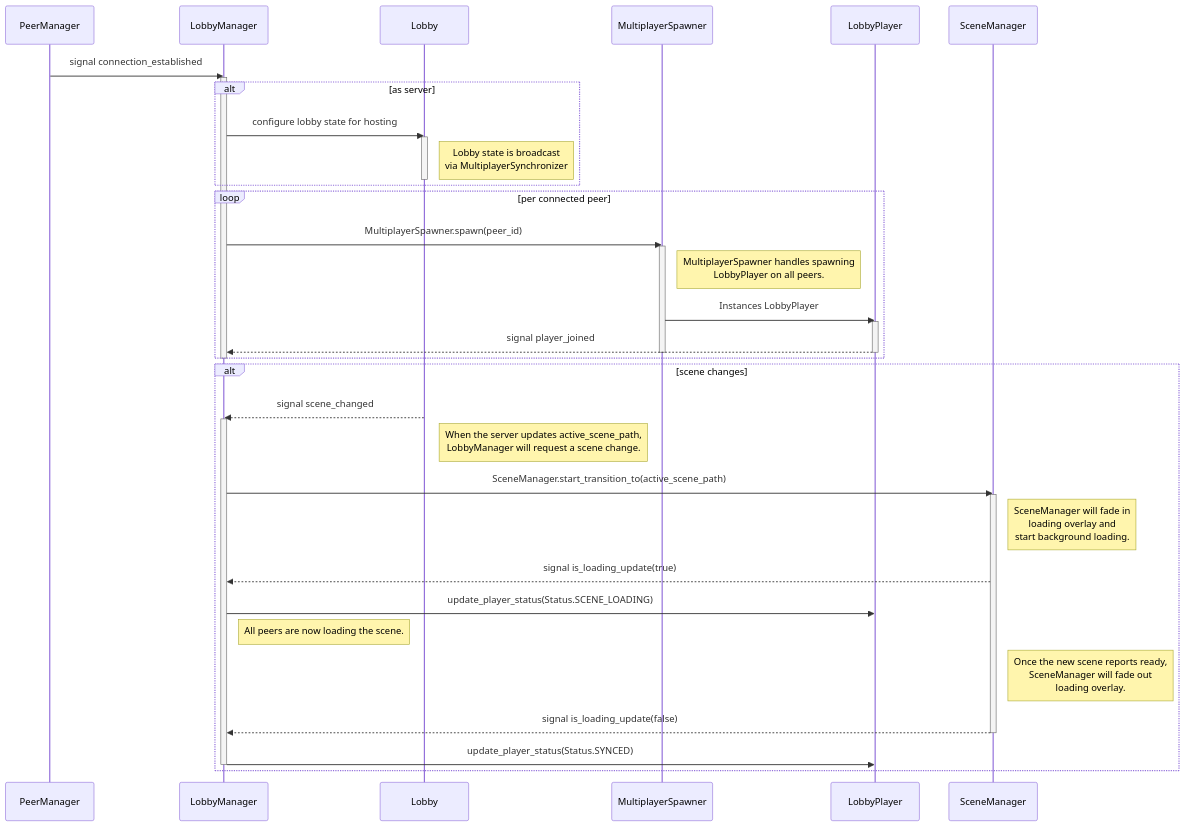
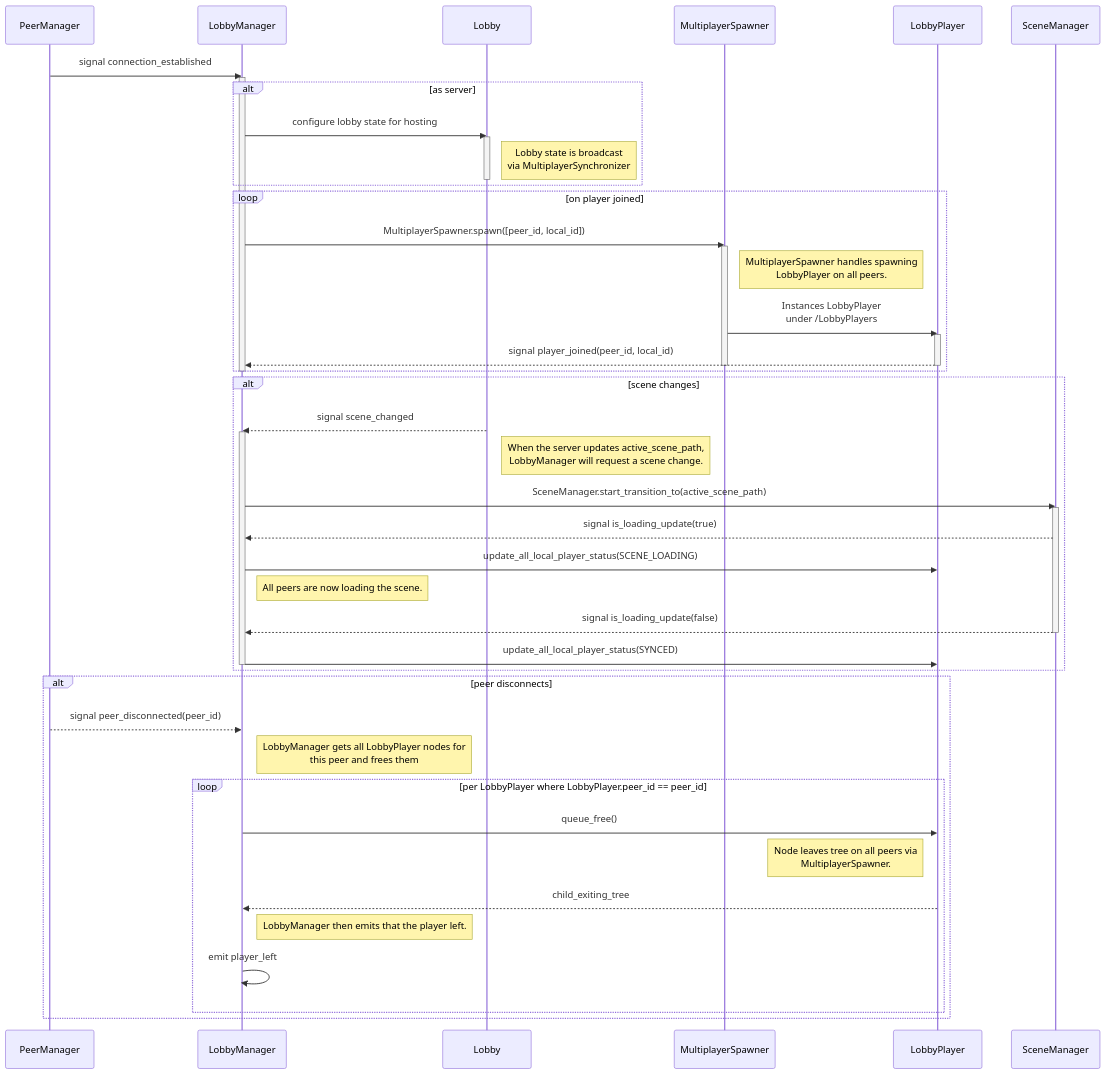
One commit to RGonzalezTech/Friendslop-Template changed the first of 2 diagrams in scripts/multiplayer/lobby/README.md. Above: the diagram before and after it, drawn with Mermaid. The commit also changed other lines of this file and 17 other files, not shown here.

First line of the commit message:
Add local_player_id to LobbyPlayer for split-screen support (#42)

````diff
--- a/scripts/multiplayer/lobby/README.md
+++ b/scripts/multiplayer/lobby/README.md
@@ -14,46 +16,56 @@
 ```mermaid
 sequenceDiagram
     participant PM as PeerManager
     participant LM as LobbyManager
     participant LN as Lobby
     participant MS as MultiplayerSpawner
     participant LP as LobbyPlayer
     participant SM as SceneManager
 
     PM->>LM: signal connection_established
     activate LM
     alt as server
         LM->>LN: configure lobby state for hosting
         activate LN
         Note right of LN: Lobby state is broadcast<br/> via MultiplayerSynchronizer
         deactivate LN
     end
-    loop per connected peer
-        LM->>MS: MultiplayerSpawner.spawn(peer_id)
+    loop on player joined
+        LM->>MS: MultiplayerSpawner.spawn([peer_id, local_id])
         activate MS
-        Note right of MS: MultiplayerSpawner handles spawning<br/> LobbyPlayer on all peers.
-        MS->>LP: Instances LobbyPlayer
+        note right of MS: MultiplayerSpawner handles spawning<br/> LobbyPlayer on all peers.
+        MS->>LP: Instances LobbyPlayer<br/>under /LobbyPlayers
         activate LP
-        LP-->>LM: signal player_joined
+        LP-->>LM: signal player_joined(peer_id, local_id)
         deactivate LP
         deactivate MS
     end
     deactivate LM
-    
+
     alt scene changes
         LN-->>LM: signal scene_changed
         activate LM
-        Note right of LN: When the server updates active_scene_path,<br/>LobbyManager will request a scene change.
+        note right of LN: When the server updates active_scene_path,<br/>LobbyManager will request a scene change.
         LM->>SM: SceneManager.start_transition_to(active_scene_path)
         activate SM
-        Note right of SM: SceneManager will fade in<br/>loading overlay and<br/>start background loading.
         SM-->>LM: signal is_loading_update(true)
-        LM->>LP: update_player_status(Status.SCENE_LOADING)
-        Note right of LM: All peers are now loading the scene.
-        Note right of SM: Once the new scene reports ready,<br/>SceneManager will fade out<br/>loading overlay.
+        LM->>LP: update_all_local_player_status(SCENE_LOADING)
+        note right of LM: All peers are now loading the scene.
         SM-->>LM: signal is_loading_update(false)
         deactivate SM
-        LM->>LP: update_player_status(Status.SYNCED)
+        LM->>LP: update_all_local_player_status(SYNCED)
         deactivate LM
     end 
+
+    alt peer disconnects
+        PM-->>LM: signal peer_disconnected(peer_id)
+        Note right of LM: LobbyManager gets all LobbyPlayer nodes for<br/> this peer and frees them
+        loop per LobbyPlayer where LobbyPlayer.peer_id == peer_id
+            LM->>LP: queue_free()
+            Note left of LP: Node leaves tree on all peers via<br/> MultiplayerSpawner.
+            LP-->>LM: child_exiting_tree
+            note right of LM: LobbyManager then emits that the player left.
+            LM->>LM: emit player_left
+        end
+    end
 ```
````
